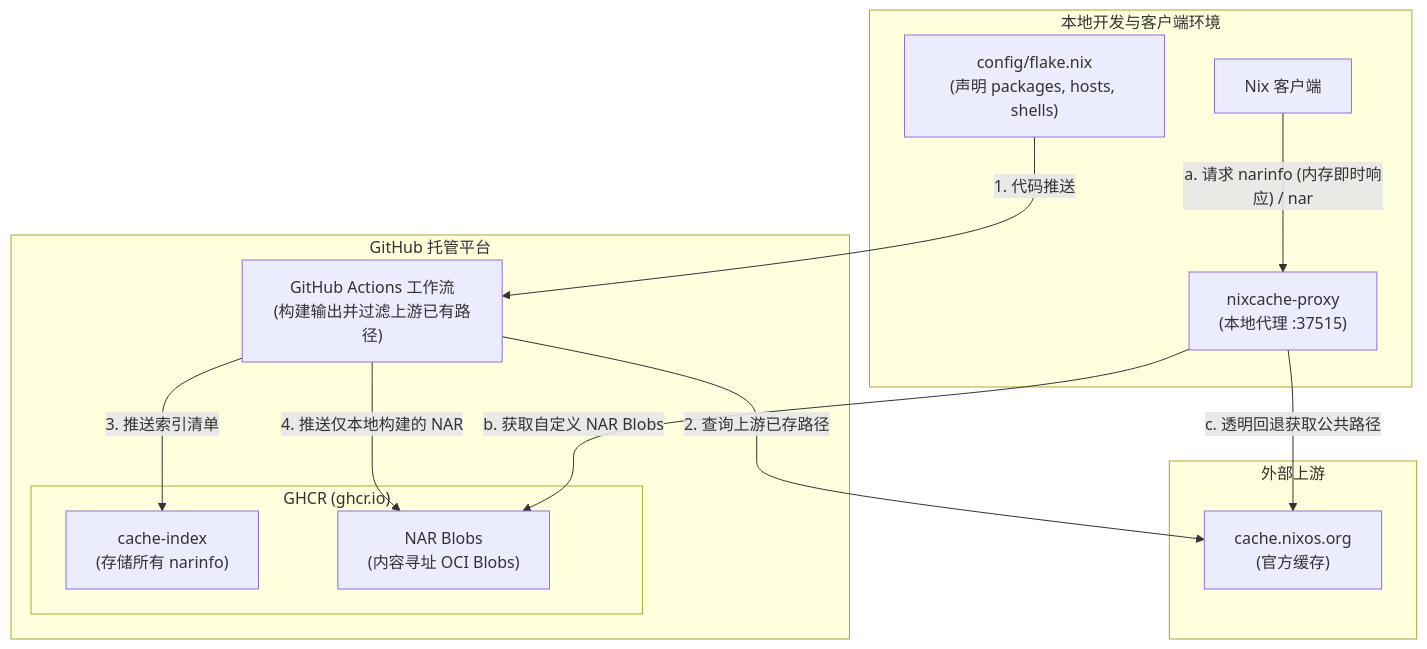
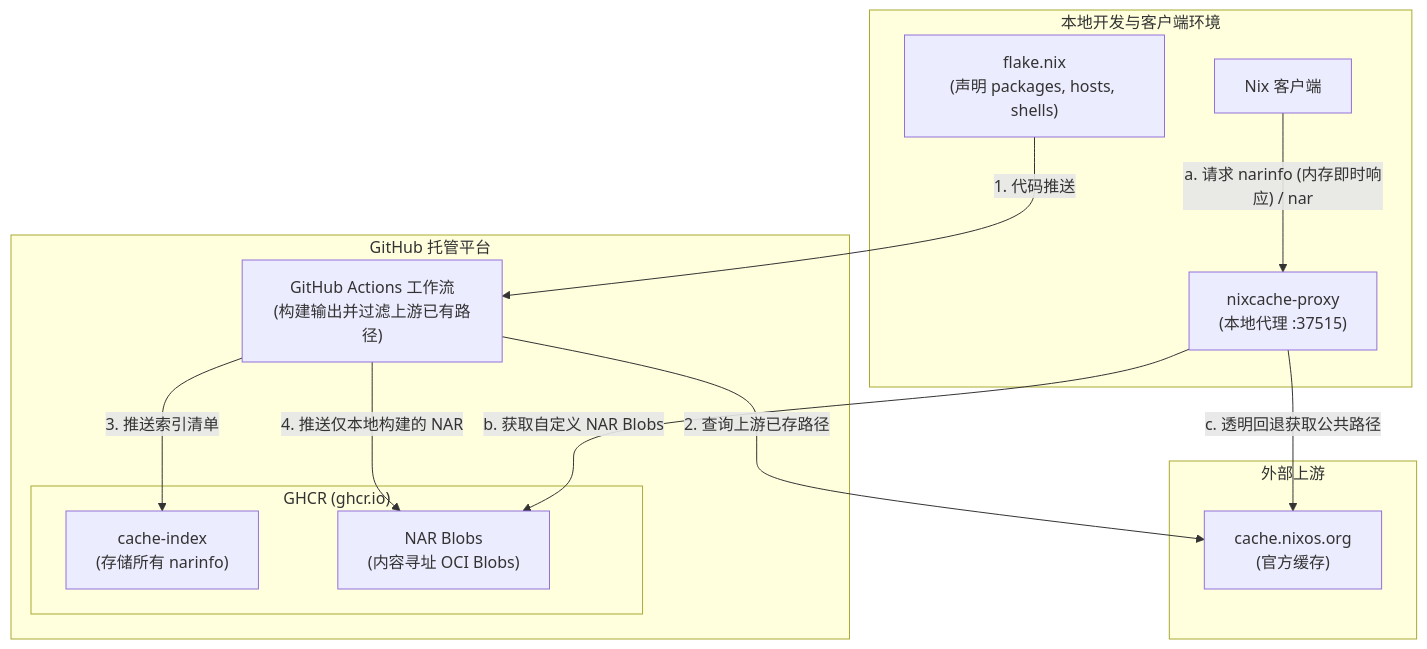
Before and after one commit to shaogme/nixcache-oci: the diagram in README.md, drawn with Mermaid. The commit also changed other lines of this file and 13 other files, not shown here.

````diff
--- a/README.md
+++ b/README.md
@@ -288,31 +291,31 @@
 ```mermaid
 graph TD
     subgraph 本地开发与客户端环境
-        FlakeConfig["config/flake.nix<br>(声明 packages, hosts, shells)"]
+        FlakeConfig["flake.nix<br>(声明 packages, hosts, shells)"]
         NixClient["Nix 客户端"]
         Proxy["nixcache-proxy<br>(本地代理 :37515)"]
     end
 
     subgraph GitHub 托管平台
         Actions["GitHub Actions 工作流<br>(构建输出并过滤上游已有路径)"]
         subgraph GHCR ["GHCR (ghcr.io)"]
             Index["cache-index<br>(存储所有 narinfo)"]
             Blobs["NAR Blobs<br>(内容寻址 OCI Blobs)"]
         end
     end
 
     subgraph 外部上游
         NixosCache["cache.nixos.org<br>(官方缓存)"]
     end
 
     %% 构建与发布流程
     FlakeConfig -- "1. 代码推送" --> Actions
     Actions -- "2. 查询上游已存路径" --> NixosCache
     Actions -- "3. 推送索引清单" --> Index
     Actions -- "4. 推送仅本地构建的 NAR" --> Blobs
 
     %% 客户端消费流程
     NixClient -- "a. 请求 narinfo (内存即时响应) / nar" --> Proxy
     Proxy -- "b. 获取自定义 NAR Blobs" --> Blobs
     Proxy -- "c. 透明回退获取公共路径" --> NixosCache
 ```
````
